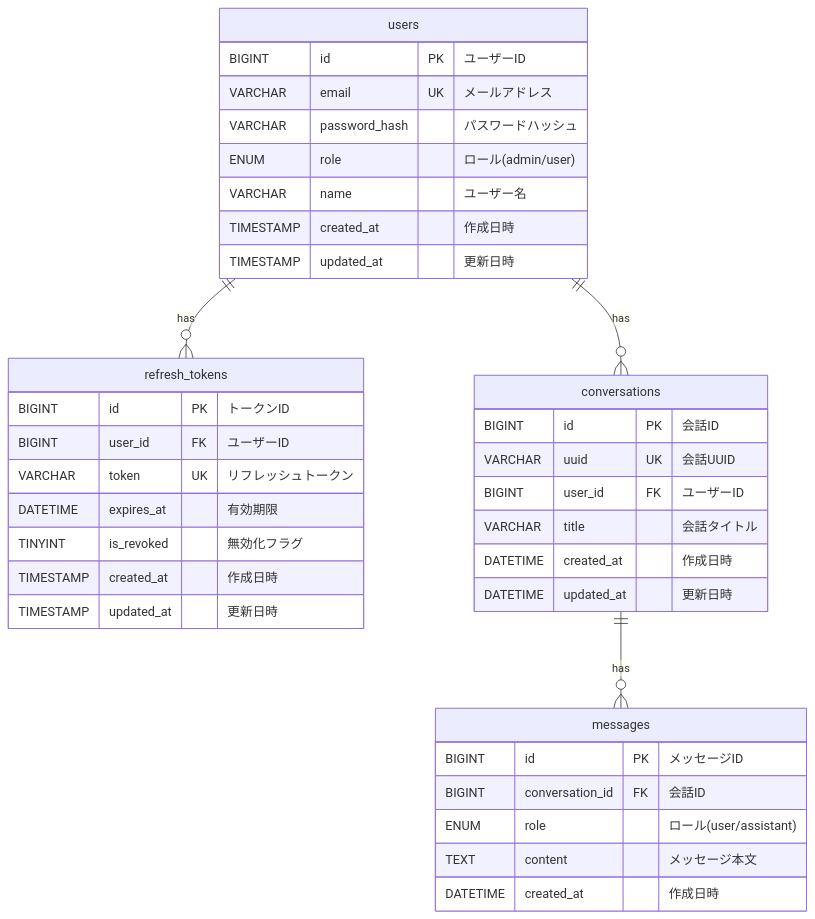
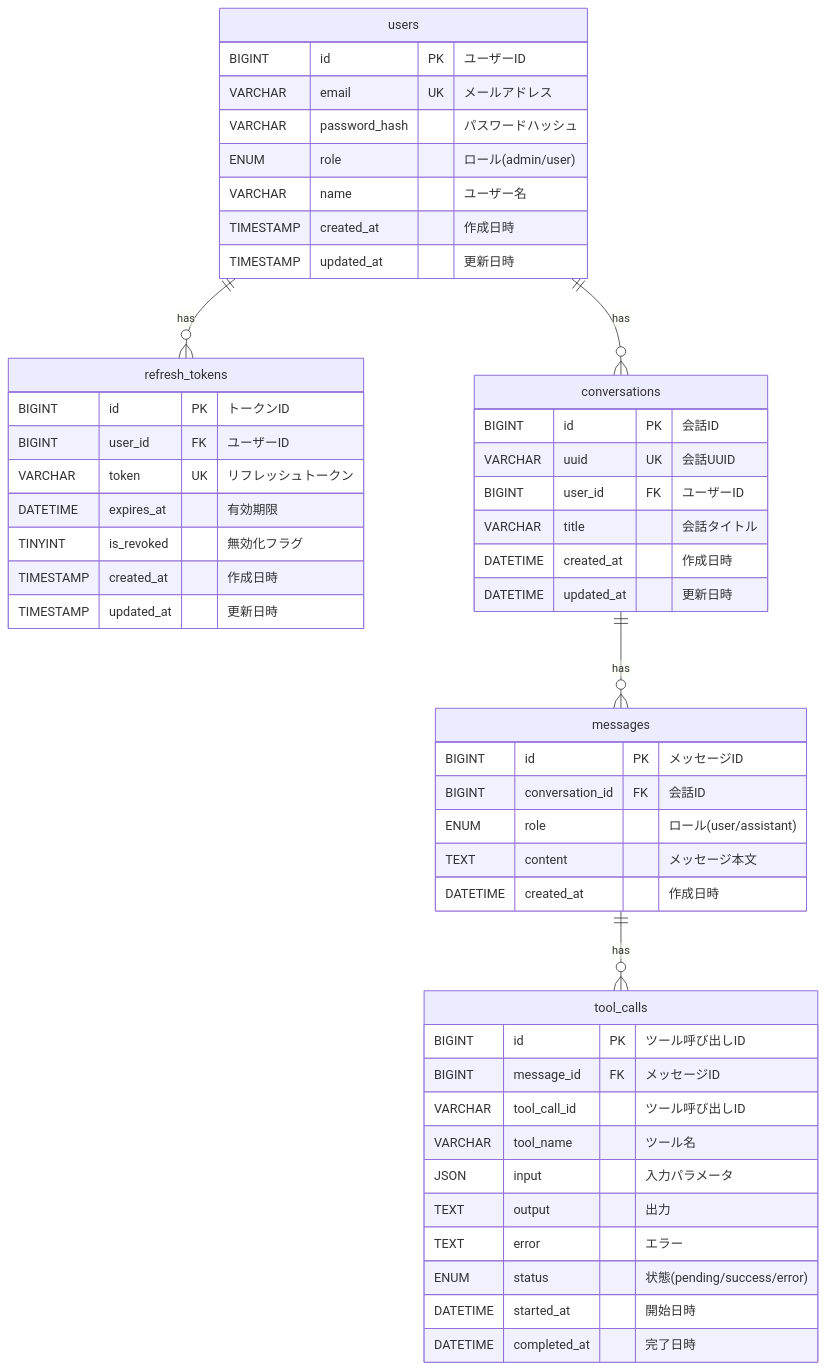
One commit to TomokiIshimine/fullstack-agent-app-with-claude changed the diagram in docs/04_database-design.md. Above: the diagram before and after it, drawn with Mermaid. The commit also changed other lines of this file and 3 other files, not shown here.

````diff
--- a/docs/04_database-design.md
+++ b/docs/04_database-design.md
@@ -40,43 +41,57 @@
 ```mermaid
 erDiagram
     users ||--o{ refresh_tokens : "has"
     users ||--o{ conversations : "has"
     conversations ||--o{ messages : "has"
+    messages ||--o{ tool_calls : "has"
 
     users {
         BIGINT id PK "ユーザーID"
         VARCHAR email UK "メールアドレス"
         VARCHAR password_hash "パスワードハッシュ"
         ENUM role "ロール(admin/user)"
         VARCHAR name "ユーザー名"
         TIMESTAMP created_at "作成日時"
         TIMESTAMP updated_at "更新日時"
     }
 
     refresh_tokens {
         BIGINT id PK "トークンID"
         BIGINT user_id FK "ユーザーID"
         VARCHAR token UK "リフレッシュトークン"
         DATETIME expires_at "有効期限"
         TINYINT is_revoked "無効化フラグ"
         TIMESTAMP created_at "作成日時"
         TIMESTAMP updated_at "更新日時"
     }
 
     conversations {
         BIGINT id PK "会話ID"
         VARCHAR uuid UK "会話UUID"
         BIGINT user_id FK "ユーザーID"
         VARCHAR title "会話タイトル"
         DATETIME created_at "作成日時"
         DATETIME updated_at "更新日時"
     }
 
     messages {
         BIGINT id PK "メッセージID"
         BIGINT conversation_id FK "会話ID"
         ENUM role "ロール(user/assistant)"
         TEXT content "メッセージ本文"
         DATETIME created_at "作成日時"
     }
+
+    tool_calls {
+        BIGINT id PK "ツール呼び出しID"
+        BIGINT message_id FK "メッセージID"
+        VARCHAR tool_call_id "ツール呼び出しID"
+        VARCHAR tool_name "ツール名"
+        JSON input "入力パラメータ"
+        TEXT output "出力"
+        TEXT error "エラー"
+        ENUM status "状態(pending/success/error)"
+        DATETIME started_at "開始日時"
+        DATETIME completed_at "完了日時"
+    }
 ```
````
